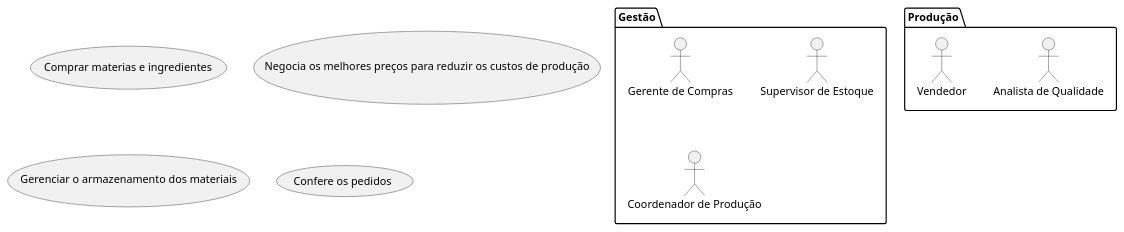
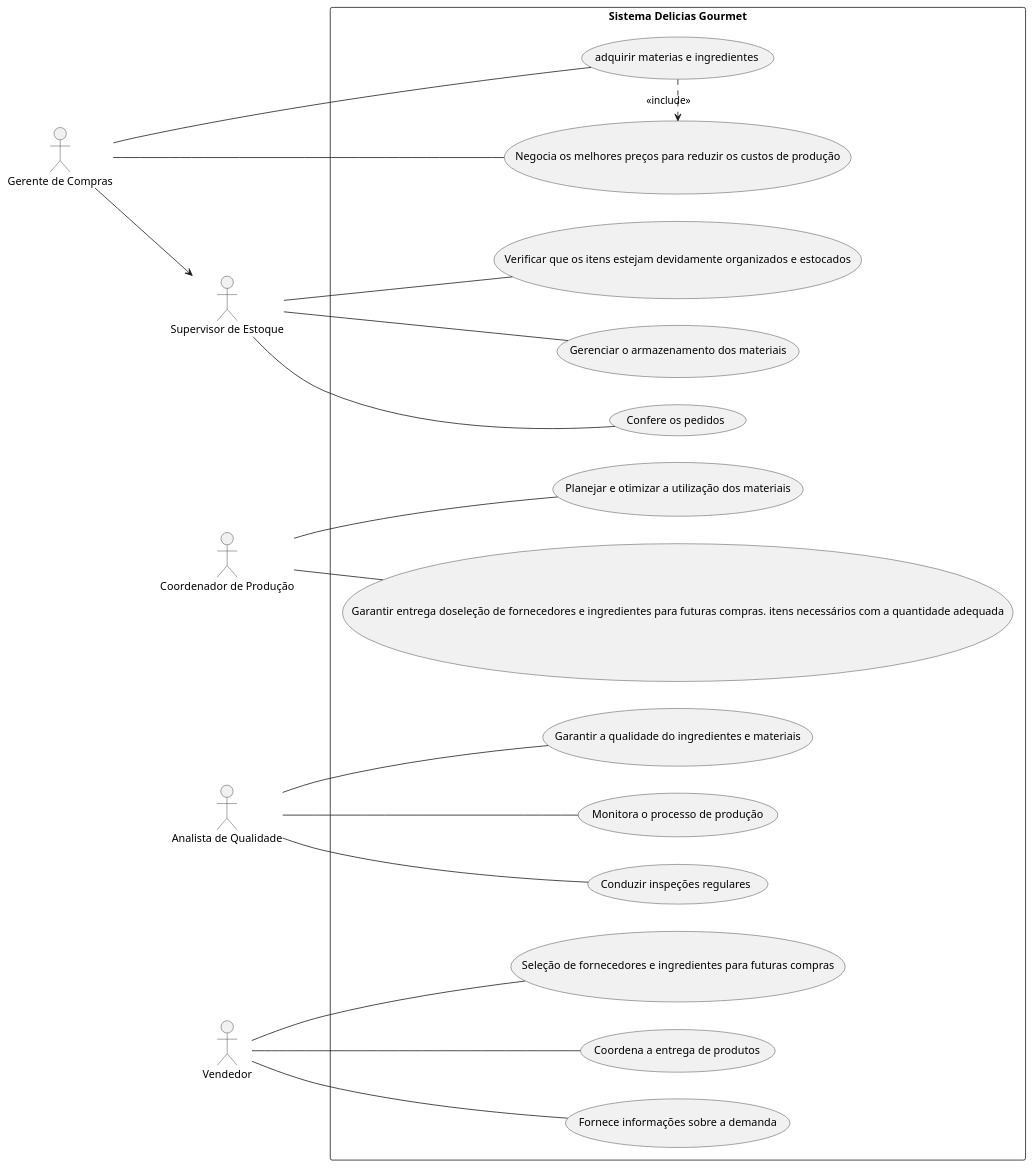
One commit to conceicaomateus/engenharia_I_2023 changed the diagram in SistemaDeliciasGourmet/specER/DeliciasGourmet.puml. Above: the diagram before and after it, drawn with PlantUML. The commit also changed other lines of this file and 1 other file, not shown here.

Commit message:
Adiciona diagrama do sistema

```diff
--- a/SistemaDeliciasGourmet/specER/DeliciasGourmet.puml
+++ b/SistemaDeliciasGourmet/specER/DeliciasGourmet.puml
@@ -1,19 +1,50 @@
 @startuml Delicias Gourmet
-package Gestão {
-    actor "Gerente de Compras" as gc
-    actor "Supervisor de Estoque" as se
-    actor "Coordenador de Produção" as cp
+left to right direction
+
+actor "Gerente de Compras" as gc
+actor "Supervisor de Estoque" as se
+actor "Coordenador de Produção" as cp
+actor "Analista de Qualidade" as aq
+actor "Vendedor" as v
+
+rectangle "Sistema Delicias Gourmet" {
+    usecase "adquirir materias e ingredientes" as UC1
+    usecase "Negocia os melhores preços para reduzir os custos de produção" as UC2
+
+    usecase "Gerenciar o armazenamento dos materiais" as UC3
+    usecase "Confere os pedidos" as UC5
+    usecase "Verificar que os itens estejam devidamente organizados e estocados" as UC8
+
+    usecase "Garantir entrega doseleção de fornecedores e ingredientes para futuras compras. itens necessários com a quantidade adequada" as UC9
+    usecase "Planejar e otimizar a utilização dos materiais" as UC10
+
+    usecase "Monitora o processo de produção" as UC4
+    usecase "Conduzir inspeções regulares" as UC11
+    usecase "Garantir a qualidade do ingredientes e materiais" as UC12
+ 
+    usecase "Coordena a entrega de produtos" as UC6
+    usecase "Fornece informações sobre a demanda" as UC7
+    usecase "Seleção de fornecedores e ingredientes para futuras compras" as UC13
 }
 
-package Produção {
-    actor "Analista de Qualidade" as aq
-    actor "Vendedor" as v
-}
+gc -- UC1
+gc --> se
+gc -- UC2
 
-usecase "Comprar materias e ingredientes" as UC1
-usecase "Negocia os melhores preços para reduzir os custos de produção" as UC2
+se -- UC3
+se -- UC5
+se -- UC8
 
-usecase "Gerenciar o armazenamento dos materiais" as UC3
-usecase "Confere os pedidos" as UC4
+cp -- UC9
+cp -- UC10
 
+aq -- UC4
+aq -- UC11
+aq -- UC12
+
+v -- UC7
+v -- UC6
+v -- UC13
+
+UC1 .> UC2 : <<include>>
 @enduml
```
